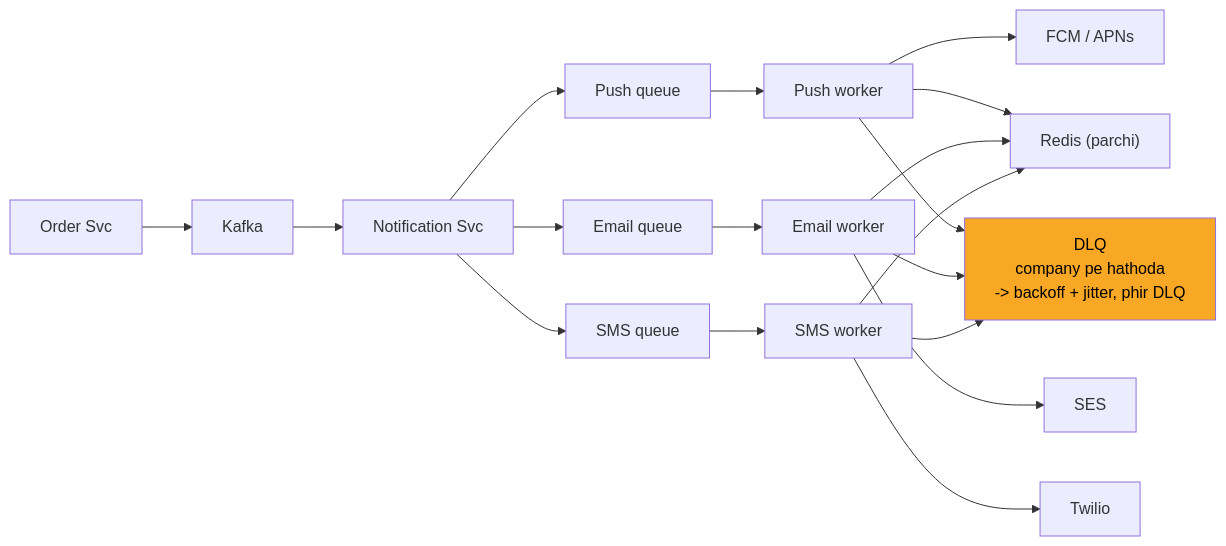
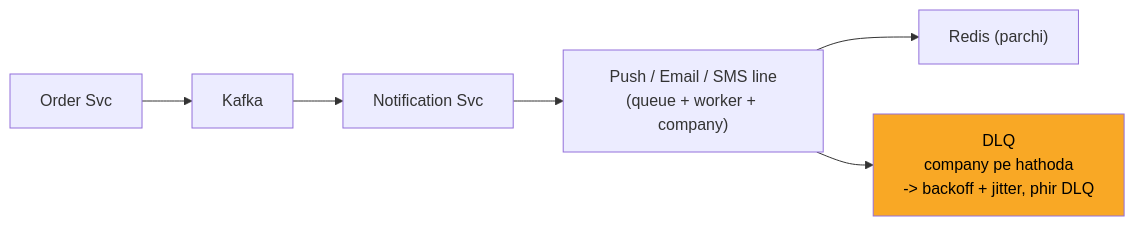
The sixth of 13 diagrams in 04_HLD/SYSTEM_DESIGNS/04_notification_system/04_notification_system.md (ArpanMaheshwari144/Prep), drawn with Mermaid before and after one commit. The commit also changed other lines of this file and 11 other files, not shown here.

Commit message:
hld: card diagrams max 8 boxes (App x N, merged stores/chains; full diagram only in AAKHRI DABBA)

````diff
--- a/04_HLD/SYSTEM_DESIGNS/04_notification_system/04_notification_system.md
+++ b/04_HLD/SYSTEM_DESIGNS/04_notification_system/04_notification_system.md
@@ -280,35 +232,15 @@
 ```mermaid
 flowchart LR
     n_Order_Svc["Order Svc"]
     n_Kafka["Kafka"]
     n_Notification_Svc["Notification Svc"]
-    n_Push_queue["Push queue"]
-    n_Push_worker["Push worker"]
-    n_FCM_APNs["FCM / APNs"]
-    n_Email_queue["Email queue"]
-    n_Email_worker["Email worker"]
-    n_SES["SES"]
-    n_SMS_queue["SMS queue"]
-    n_SMS_worker["SMS worker"]
-    n_Twilio["Twilio"]
+    n_LINES["Push / Email / SMS line<br/>(queue + worker + company)"]
     n_Redis["Redis (parchi)"]
     n_DLQ["DLQ<br/>company pe hathoda<br/>-> backoff + jitter, phir DLQ"]
     n_Order_Svc --> n_Kafka
     n_Kafka --> n_Notification_Svc
-    n_Notification_Svc --> n_Push_queue
-    n_Notification_Svc --> n_Email_queue
-    n_Notification_Svc --> n_SMS_queue
-    n_Push_queue --> n_Push_worker
-    n_Push_worker --> n_FCM_APNs
-    n_Email_queue --> n_Email_worker
-    n_Email_worker --> n_SES
-    n_SMS_queue --> n_SMS_worker
-    n_SMS_worker --> n_Twilio
-    n_Push_worker --> n_Redis
-    n_Email_worker --> n_Redis
-    n_SMS_worker --> n_Redis
-    n_Push_worker --> n_DLQ
-    n_Email_worker --> n_DLQ
-    n_SMS_worker --> n_DLQ
+    n_Notification_Svc --> n_LINES
+    n_LINES --> n_Redis
+    n_LINES --> n_DLQ
     style n_DLQ fill:#f9a825,color:#000
 ```
````
